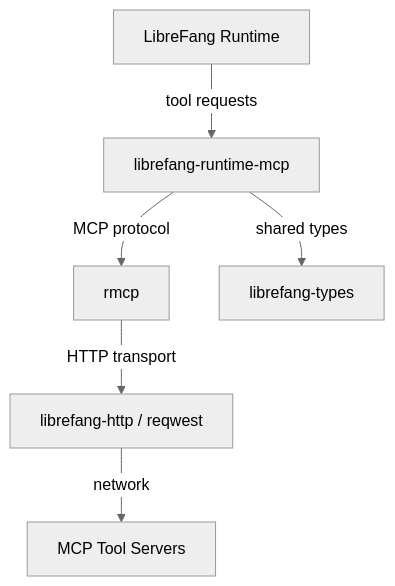
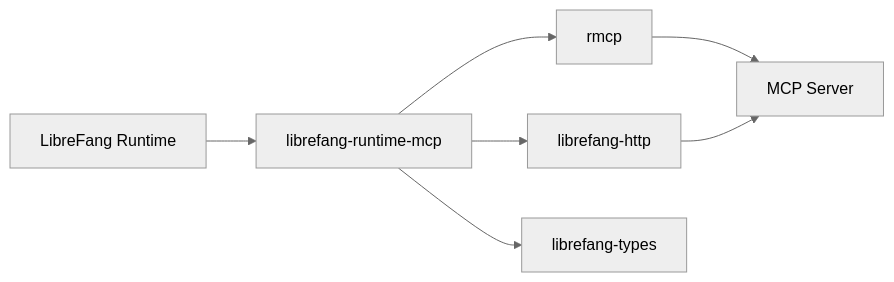
Before and after one commit to leszek3737/librefang-WIki: the diagram in other-librefang-runtime-mcp.md, drawn with Mermaid (neutral theme). The commit also changed other lines of this file and 120 other files, not shown here.

````diff
--- a/other-librefang-runtime-mcp.md
+++ b/other-librefang-runtime-mcp.md
@@ -37,8 +17,9 @@
 ```mermaid
-graph TD
-    A[LibreFang Runtime] -->|tool requests| B[librefang-runtime-mcp]
-    B -->|MCP protocol| C[rmcp]
-    C -->|HTTP transport| D[librefang-http / reqwest]
-    D -->|network| E[MCP Tool Servers]
-    B -->|shared types| F[librefang-types]
+graph LR
+    A[LibreFang Runtime] --> B[librefang-runtime-mcp]
+    B --> C[rmcp]
+    B --> D[librefang-http]
+    B --> E[librefang-types]
+    C --> F[MCP Server]
+    D --> F
 ```
````
